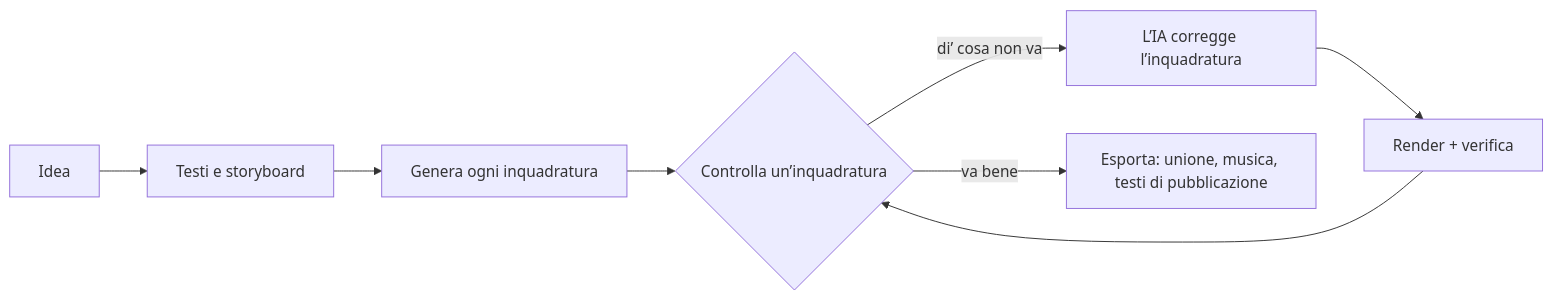
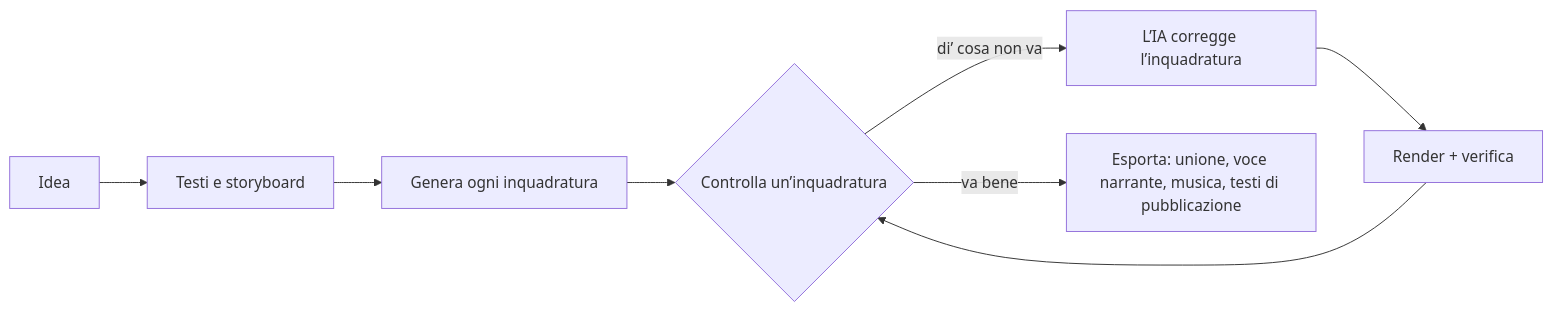
Before and after one commit to chihyungchang/Shotloop: the diagram in README.it.md, drawn with Mermaid. The commit also changed other lines of this file and 161 other files, not shown here.

````diff
--- a/README.it.md
+++ b/README.it.md
@@ -109,8 +109,8 @@
 ```mermaid
 flowchart LR
   A[Idea] --> B[Testi e storyboard]
   B --> C[Genera ogni inquadratura]
   C --> D{Controlla un’inquadratura}
   D -- "di’ cosa non va" --> E[L’IA corregge l’inquadratura] --> F[Render + verifica] --> D
-  D -- va bene --> G[Esporta: unione, musica, testi di pubblicazione]
+  D -- va bene --> G[Esporta: unione, voce narrante, musica, testi di pubblicazione]
 ```
````
